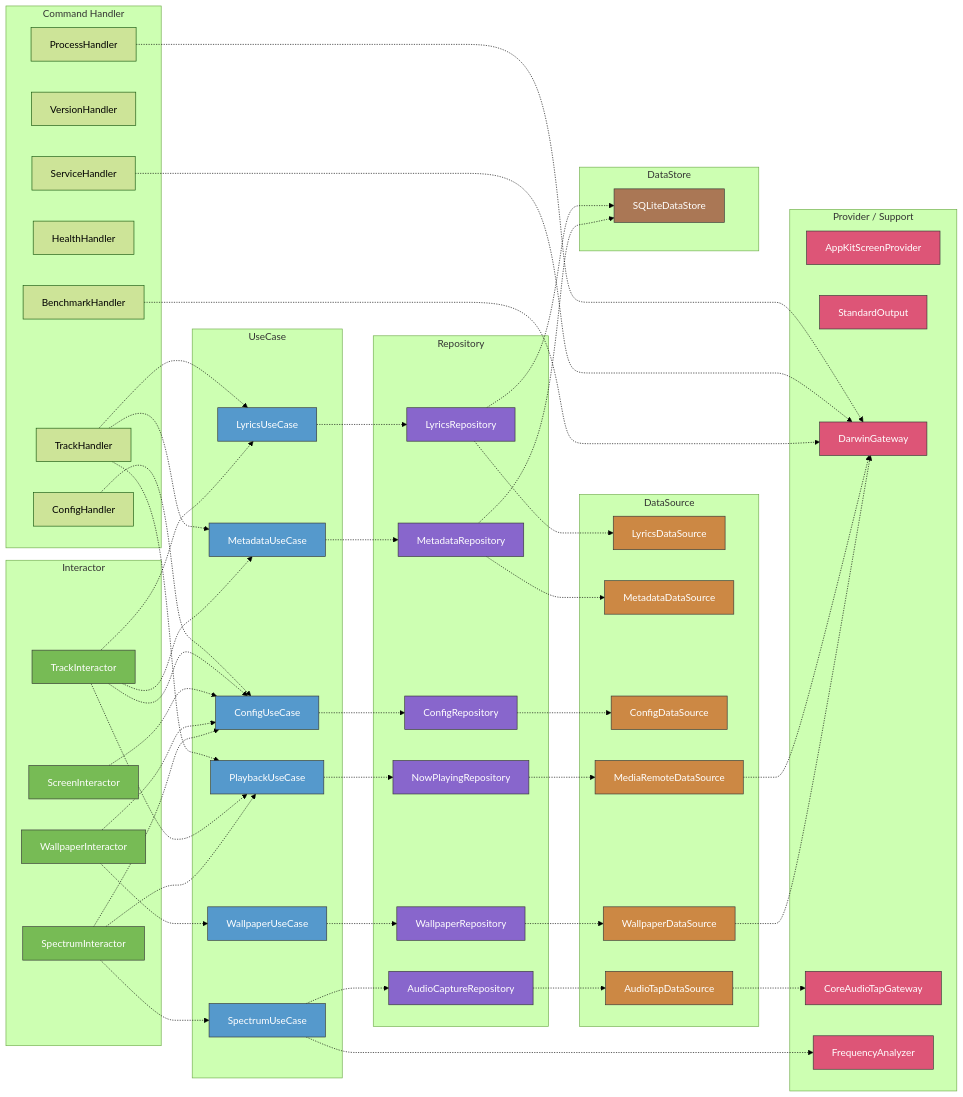
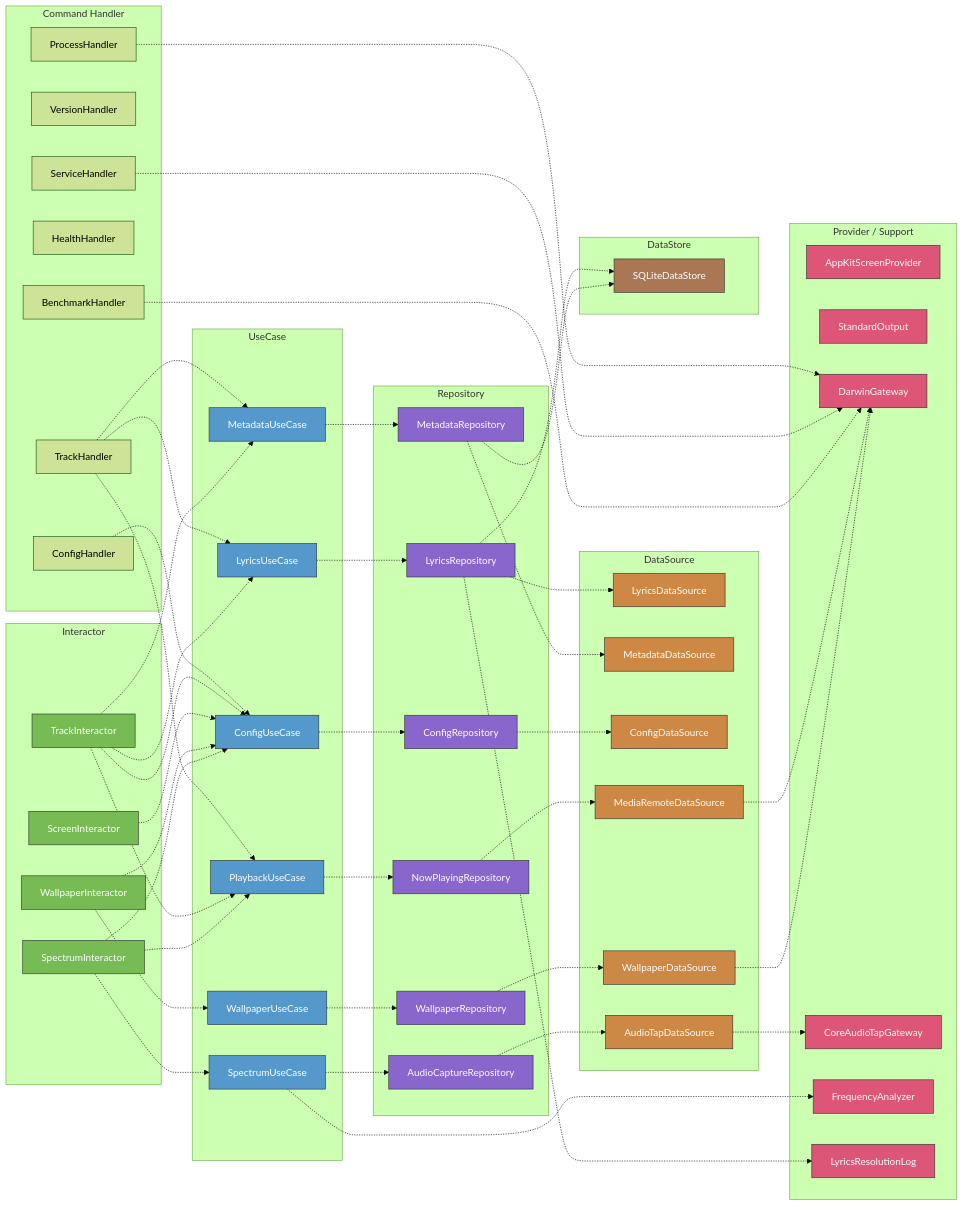
One commit to GeneralD/lyra changed the second of 3 diagrams in docs/ARCHITECTURE.md. Above: the diagram before and after it, drawn with Mermaid (forest theme). The commit also changed other lines of this file and 6 other files, not shown here.

````diff
--- a/docs/ARCHITECTURE.md
+++ b/docs/ARCHITECTURE.md
@@ -145,6 +145,7 @@
         DarwinGateway[DarwinGateway]
         CoreAudioTapGateway[CoreAudioTapGateway]
         FrequencyAnalyzer[FrequencyAnalyzer]
+        LyricsResolutionLog[LyricsResolutionLog]
     end
 
     subgraph DataStore
@@ -168,7 +169,7 @@
     PlaybackUseCase -.-> NowPlayingRepository
     NowPlayingRepository -.-> MediaRemoteDataSource
     LyricsUseCase -.-> LyricsRepository
-    LyricsRepository -.-> LyricsDataSource & SQLiteDataStore
+    LyricsRepository -.-> LyricsDataSource & SQLiteDataStore & LyricsResolutionLog
     MetadataUseCase -.-> MetadataRepository
     MetadataRepository -.-> MetadataDataSource & SQLiteDataStore
     WallpaperUseCase -.-> WallpaperRepository
@@ -204,5 +205,6 @@
     style DarwinGateway fill:#d57,stroke:#333,color:#fff
     style CoreAudioTapGateway fill:#d57,stroke:#333,color:#fff
     style FrequencyAnalyzer fill:#d57,stroke:#333,color:#fff
+    style LyricsResolutionLog fill:#d57,stroke:#333,color:#fff
     style SQLiteDataStore fill:#a75,stroke:#333,color:#fff
 ```
````
